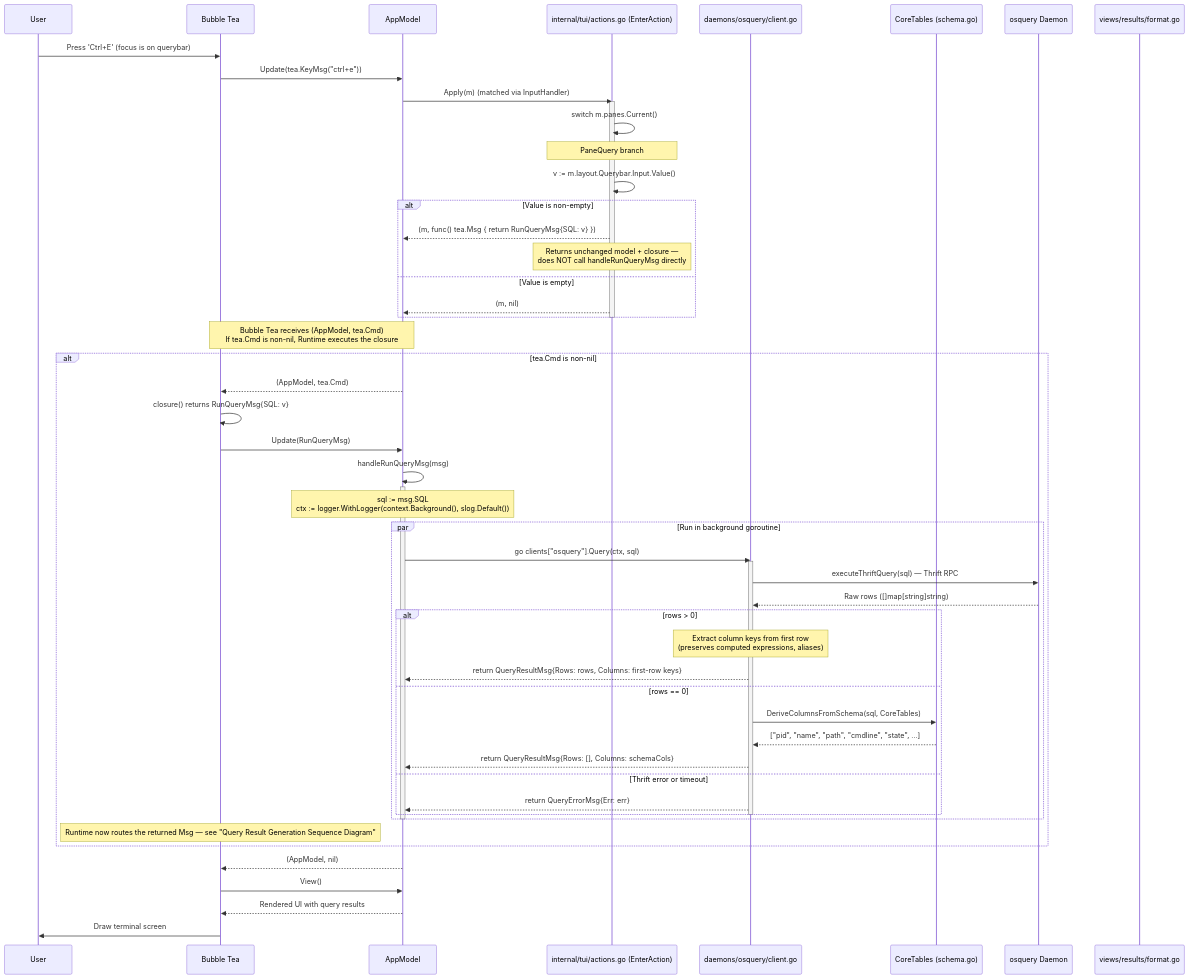
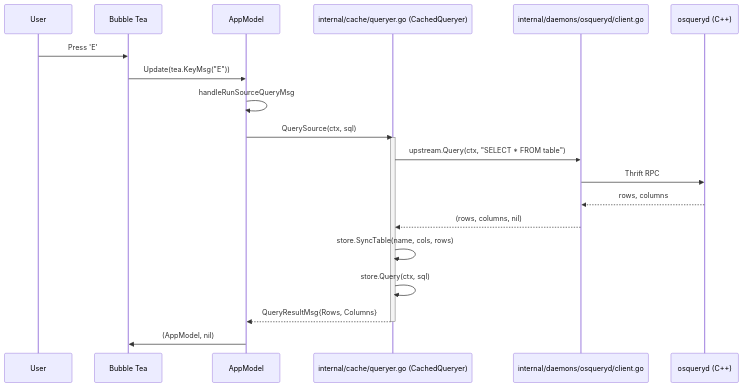
One commit to ajitm722/LazyOS changed the fourth of 5 diagrams in docs/osquery_interaction.md. Above: the diagram before and after it, drawn with Mermaid. The commit also changed other lines of this file and 27 other files, not shown here.

First line of the commit message:
feat: persistent SQLite cache layer with source query bypass

````diff
--- a/docs/osquery_interaction.md
+++ b/docs/osquery_interaction.md
@@ -194,69 +187,28 @@
 ```mermaid
 sequenceDiagram
     participant User as User
     participant Runtime as Bubble Tea
     participant Model as AppModel
-    participant Action as internal/tui/actions.go (EnterAction)
-    participant Client as daemons/osquery/client.go
-    participant Schema as CoreTables (schema.go)
-    participant Daemon as osquery Daemon
-    participant Results as views/results/format.go
+    participant Cache as internal/cache/queryer.go (CachedQueryer)
+    participant Client as internal/daemons/osqueryd/client.go
+    participant Daemon as osqueryd (C++)
 
-    User->>Runtime: Press 'Ctrl+E' (focus is on querybar)
-    Runtime->>Model: Update(tea.KeyMsg("ctrl+e"))
+    User->>Runtime: Press 'E'
+    Runtime->>Model: Update(tea.KeyMsg("E"))
 
-    Model->>Action: Apply(m) (matched via InputHandler)
+    Model->>Model: handleRunSourceQueryMsg
+    Model->>Cache: QuerySource(ctx, sql)
+    activate Cache
 
-    activate Action
-    Action->>Action: switch m.panes.Current()
-    Note over Action: PaneQuery branch
-    Action->>Action: v := m.layout.Querybar.Input.Value()
-    alt Value is non-empty
-        Action-->>Model: (m, func() tea.Msg { return RunQueryMsg{SQL: v} })
-        Note over Action: Returns unchanged model + closure —<br/>does NOT call handleRunQueryMsg directly
-    else Value is empty
-        Action-->>Model: (m, nil)
-    end
-    deactivate Action
+    Cache->>Client: upstream.Query(ctx, "SELECT * FROM table")
+    Client->>Daemon: Thrift RPC
+    Daemon-->>Client: rows, columns
+    Client-->>Cache: (rows, columns, nil)
 
-    Note over Model, Runtime: Bubble Tea receives (AppModel, tea.Cmd)<br/>If tea.Cmd is non-nil, Runtime executes the closure
+    Cache->>Cache: store.SyncTable(name, cols, rows)
+    Cache->>Cache: store.Query(ctx, sql)
+    Cache-->>Model: QueryResultMsg{Rows, Columns}
+    deactivate Cache
 
-    alt tea.Cmd is non-nil
-        Model-->>Runtime: (AppModel, tea.Cmd)
-        Runtime->>Runtime: closure() returns RunQueryMsg{SQL: v}
-        Runtime->>Model: Update(RunQueryMsg)
-
-        Model->>Model: handleRunQueryMsg(msg)
-        activate Model
-        Note over Model: sql := msg.SQL<br/>ctx := logger.WithLogger(context.Background(), slog.Default())
-
-        par Run in background goroutine
-            Model->>Client: go clients["osquery"].Query(ctx, sql)
-            activate Client
-
-            Client->>Daemon: executeThriftQuery(sql) — Thrift RPC
-            Daemon-->>Client: Raw rows ([]map[string]string)
-
-            alt rows > 0
-                Note over Client: Extract column keys from first row<br/>(preserves computed expressions, aliases)
-                Client-->>Model: return QueryResultMsg{Rows: rows, Columns: first-row keys}
-            else rows == 0
-                Client->>Schema: DeriveColumnsFromSchema(sql, CoreTables)
-                Schema-->>Client: ["pid", "name", "path", "cmdline", "state", ...]
-                Client-->>Model: return QueryResultMsg{Rows: [], Columns: schemaCols}
-            else Thrift error or timeout
-                Client-->>Model: return QueryErrorMsg{Err: err}
-            end
-            deactivate Client
-        end
-        deactivate Model
-
-        Note over Runtime: Runtime now routes the returned Msg — see "Query Result Generation Sequence Diagram"
-    end
-
-    Model-->>Runtime: (AppModel, nil)
-
-    Runtime->>Model: View()
-    Model-->>Runtime: Rendered UI with query results
-    Runtime->>User: Draw terminal screen
+    Model->>Runtime: (AppModel, nil)
 ```
````
